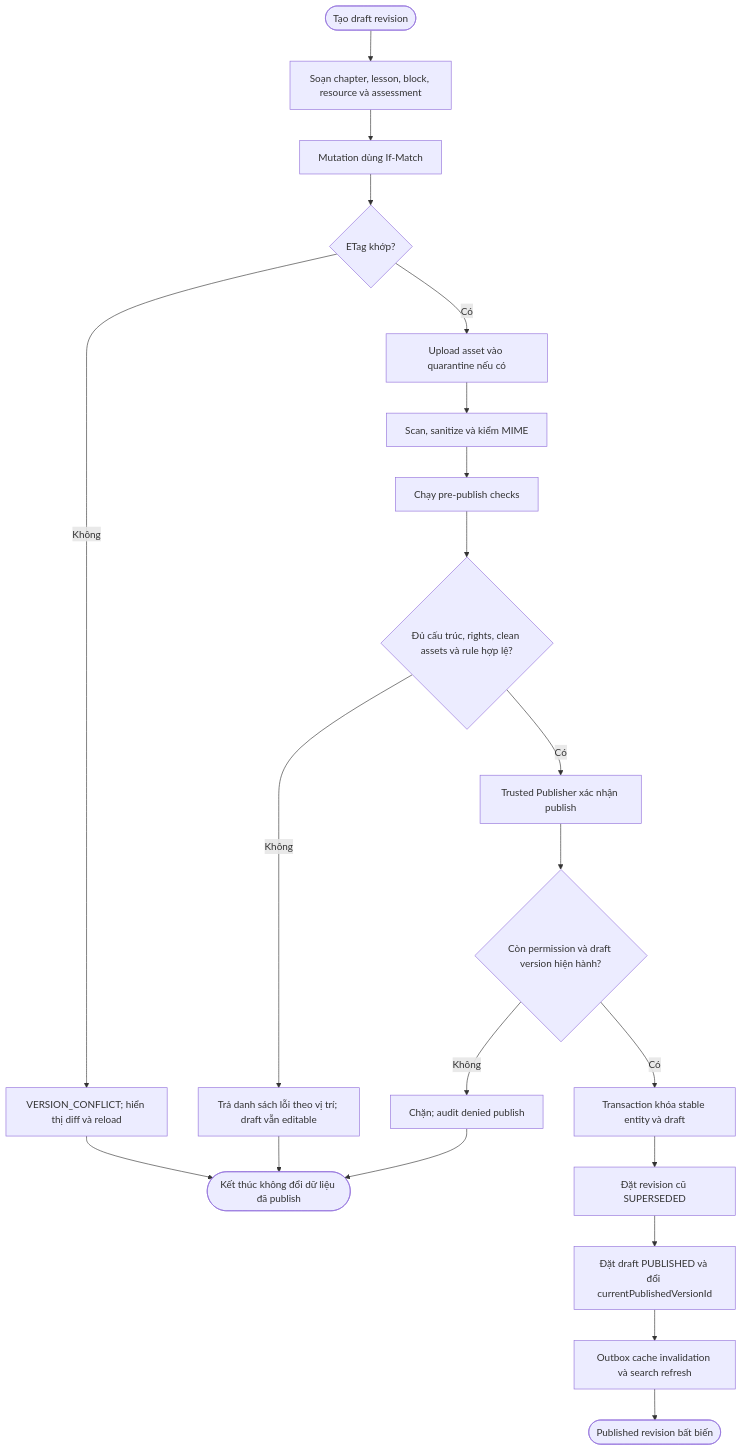
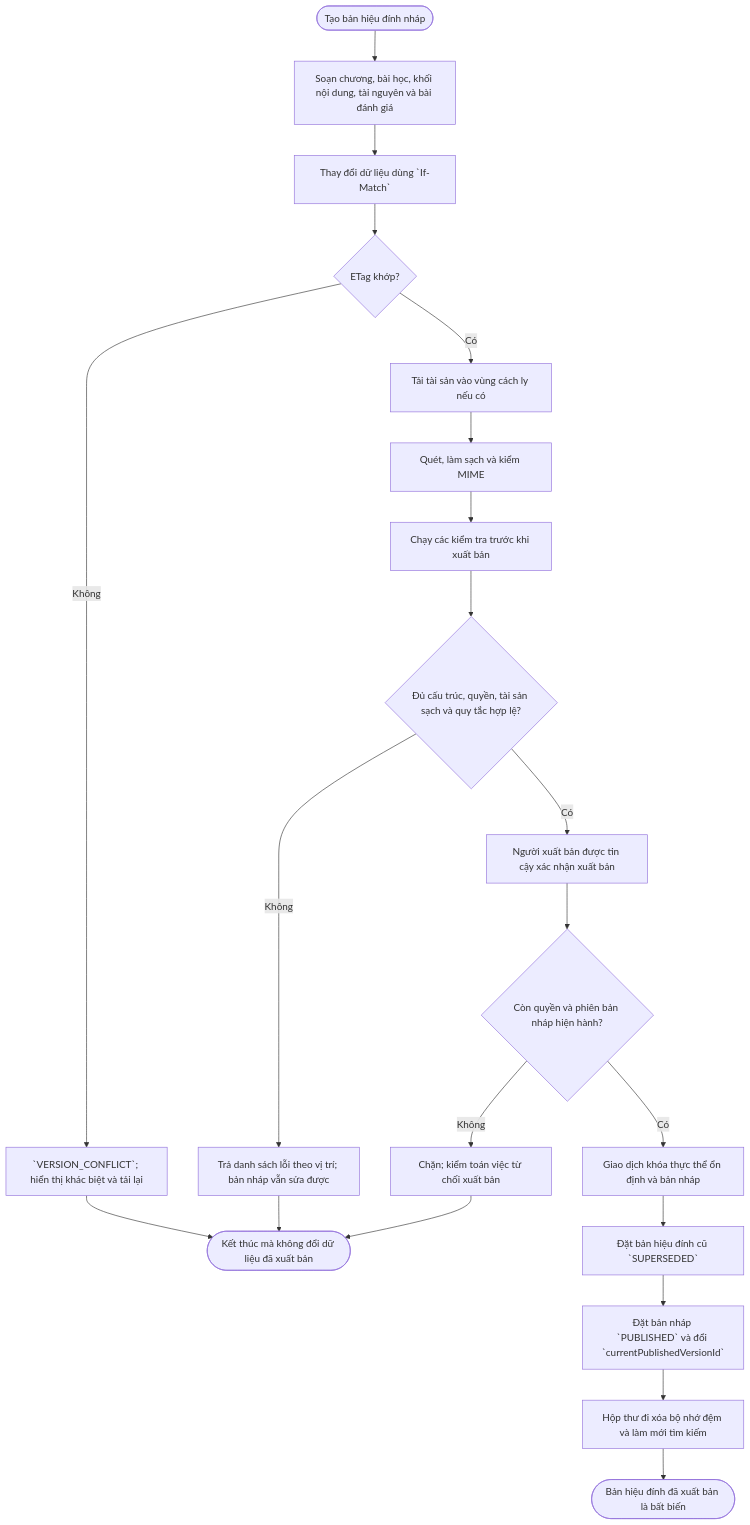
Before and after one commit to daovanhung-dev/Study2Work: diagram 11 of 47 in docs/BD/02_BIEU_DO_HE_THONG.md, drawn with Mermaid. The commit also changed other lines of this file and 2295 other files, not shown here.

````diff
--- a/docs/BD/02_BIEU_DO_HE_THONG.md
+++ b/docs/BD/02_BIEU_DO_HE_THONG.md
@@ -473,23 +473,23 @@
 ```mermaid
 flowchart TD
-    A([Tạo draft revision]) --> B[Soạn chapter, lesson, block, resource và assessment]
-    B --> C[Mutation dùng If-Match]
+    A([Tạo bản hiệu đính nháp]) --> B[Soạn chương, bài học, khối nội dung, tài nguyên và bài đánh giá]
+    B --> C[Thay đổi dữ liệu dùng `If-Match`]
     C --> D{ETag khớp?}
-    D -- Không --> E[VERSION_CONFLICT; hiển thị diff và reload]
-    D -- Có --> F[Upload asset vào quarantine nếu có]
-    F --> G[Scan, sanitize và kiểm MIME]
-    G --> H[Chạy pre-publish checks]
-    H --> I{Đủ cấu trúc, rights, clean assets và rule hợp lệ?}
-    I -- Không --> J[Trả danh sách lỗi theo vị trí; draft vẫn editable]
-    I -- Có --> K[Trusted Publisher xác nhận publish]
-    K --> L{Còn permission và draft version hiện hành?}
-    L -- Không --> M[Chặn; audit denied publish]
-    L -- Có --> N[Transaction khóa stable entity và draft]
-    N --> O[Đặt revision cũ SUPERSEDED]
-    O --> P[Đặt draft PUBLISHED và đổi currentPublishedVersionId]
-    P --> Q[Outbox cache invalidation và search refresh]
-    Q --> R([Published revision bất biến])
-    E --> S([Kết thúc không đổi dữ liệu đã publish])
+    D -- Không --> E[`VERSION_CONFLICT`; hiển thị khác biệt và tải lại]
+    D -- Có --> F[Tải tài sản vào vùng cách ly nếu có]
+    F --> G[Quét, làm sạch và kiểm MIME]
+    G --> H[Chạy các kiểm tra trước khi xuất bản]
+    H --> I{Đủ cấu trúc, quyền, tài sản sạch và quy tắc hợp lệ?}
+    I -- Không --> J[Trả danh sách lỗi theo vị trí; bản nháp vẫn sửa được]
+    I -- Có --> K[Người xuất bản được tin cậy xác nhận xuất bản]
+    K --> L{Còn quyền và phiên bản nháp hiện hành?}
+    L -- Không --> M[Chặn; kiểm toán việc từ chối xuất bản]
+    L -- Có --> N[Giao dịch khóa thực thể ổn định và bản nháp]
+    N --> O[Đặt bản hiệu đính cũ `SUPERSEDED`]
+    O --> P[Đặt bản nháp `PUBLISHED` và đổi `currentPublishedVersionId`]
+    P --> Q[Hộp thư đi xóa bộ nhớ đệm và làm mới tìm kiếm]
+    Q --> R([Bản hiệu đính đã xuất bản là bất biến])
+    E --> S([Kết thúc mà không đổi dữ liệu đã xuất bản])
     J --> S
     M --> S
 ```
````
